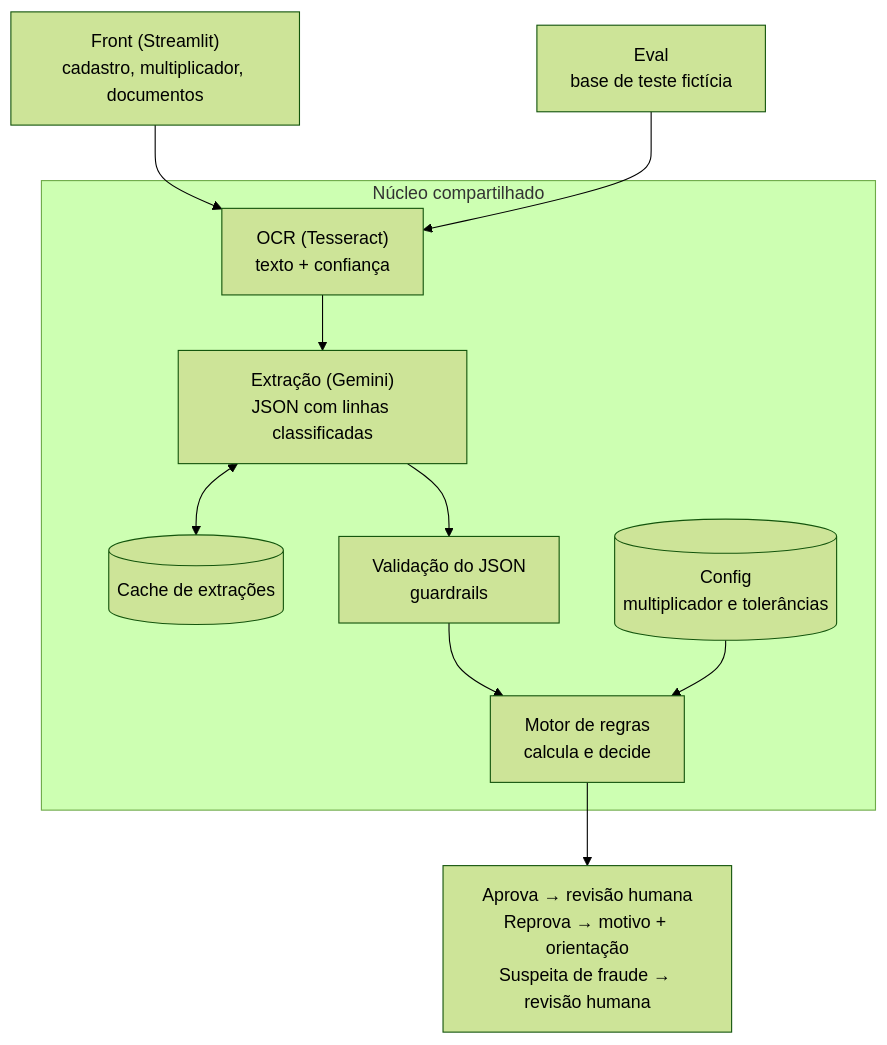
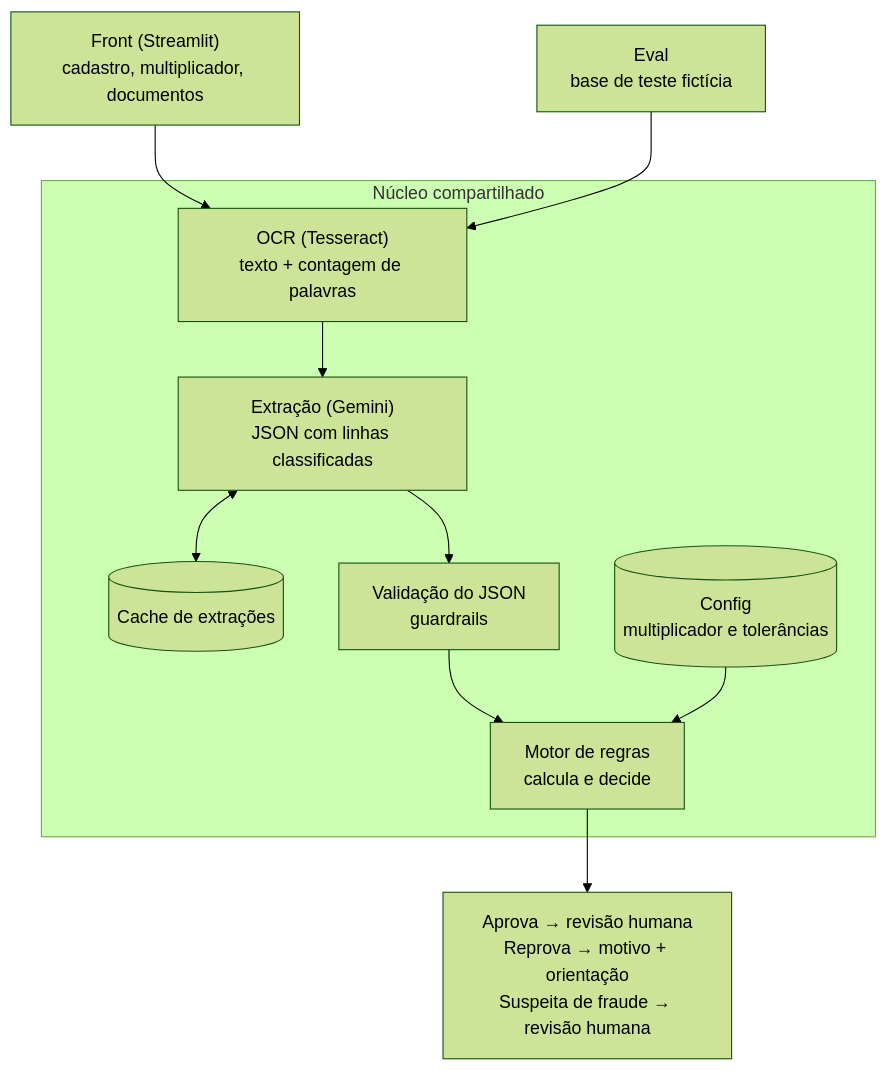
The diagram in README.pt-BR.md (alcasuz/pre-filtro-ia-docs-renda), drawn with Mermaid (forest theme) before and after one commit. The commit also changed other lines of this file and 18 other files, not shown here.

````diff
--- a/README.pt-BR.md
+++ b/README.pt-BR.md
@@ -35,13 +35,13 @@
 ```mermaid
 flowchart TD
     F["Front (Streamlit)<br/>cadastro, multiplicador, documentos"] --> OCR
     E["Eval<br/>base de teste fictícia"] --> OCR
     subgraph N["Núcleo compartilhado"]
-        OCR["OCR (Tesseract)<br/>texto + confiança"] --> X["Extração (Gemini)<br/>JSON com linhas classificadas"]
+        OCR["OCR (Tesseract)<br/>texto + contagem de palavras"] --> X["Extração (Gemini)<br/>JSON com linhas classificadas"]
         X <--> C[("Cache de extrações")]
         X --> V["Validação do JSON<br/>guardrails"]
         V --> M["Motor de regras<br/>calcula e decide"]
         CFG[("Config<br/>multiplicador e tolerâncias")] --> M
     end
     M --> D["Aprova → revisão humana<br/>Reprova → motivo + orientação<br/>Suspeita de fraude → revisão humana"]
 ```
````
